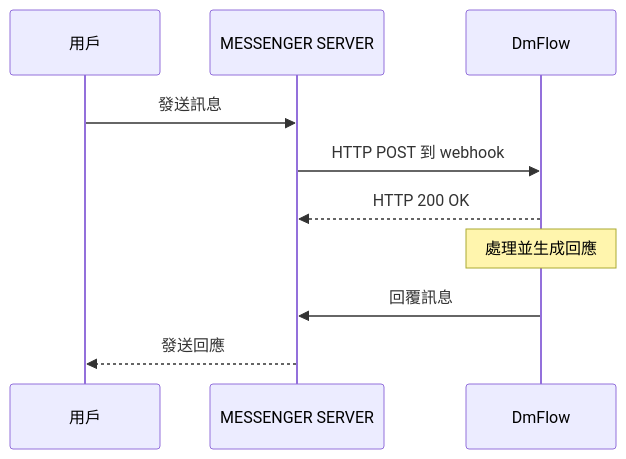
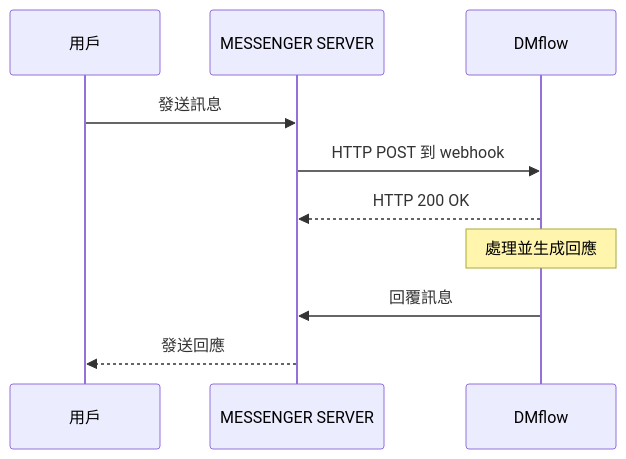
Before and after one commit to RaimundoLai/dmflow-docs: the diagram in lang/tw/products/dmflow/tutorials/docs/fbmessenger.md, drawn with Mermaid. The commit also changed other lines of this file and 145 other files, not shown here.

````diff
--- a/lang/tw/products/dmflow/tutorials/docs/fbmessenger.md
+++ b/lang/tw/products/dmflow/tutorials/docs/fbmessenger.md
@@ -12,13 +12,13 @@
 ``` mermaid
 sequenceDiagram
     participant 用戶
     participant MESSENGER SERVER
-    participant DmFlow
+    participant DMflow
 
     用戶->>MESSENGER SERVER: 發送訊息
-    MESSENGER SERVER->>DmFlow: HTTP POST 到 webhook
-    DmFlow-->>MESSENGER SERVER: HTTP 200 OK
-    Note over DmFlow: 處理並生成回應
-    DmFlow->>MESSENGER SERVER: 回覆訊息
+    MESSENGER SERVER->>DMflow: HTTP POST 到 webhook
+    DMflow-->>MESSENGER SERVER: HTTP 200 OK
+    Note over DMflow: 處理並生成回應
+    DMflow->>MESSENGER SERVER: 回覆訊息
     MESSENGER SERVER-->>用戶: 發送回應
 ```
````
